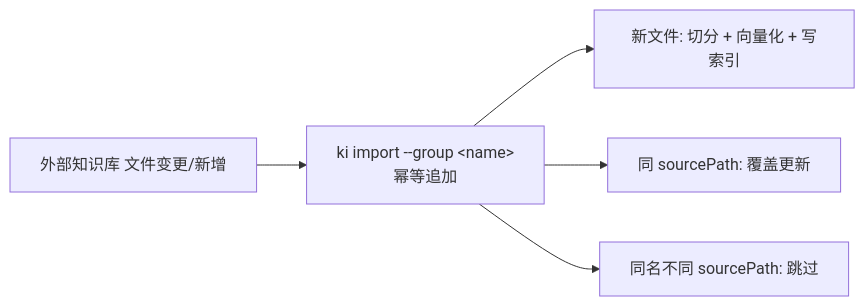
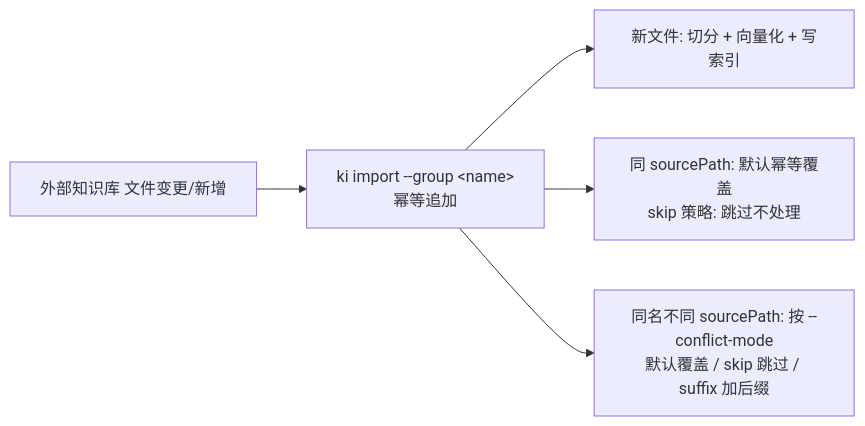
Before and after one commit to HACK-WU/kisearch: the fifth of 5 diagrams in docs/architecture.md, drawn with Mermaid. The commit also changed other lines of this file and 10 other files, not shown here.

````diff
--- a/docs/architecture.md
+++ b/docs/architecture.md
@@ -168,7 +168,7 @@
 ```mermaid
 flowchart LR
     EXT2[外部知识库 文件变更/新增] --> IMP2[ki import --group &lt;name&gt;<br/>幂等追加]
     IMP2 --> ADD[新文件: 切分 + 向量化 + 写索引]
-    IMP2 --> MOD[同 sourcePath: 覆盖更新]
-    IMP2 --> SKIP[同名不同 sourcePath: 跳过]
+    IMP2 --> MOD[同 sourcePath: 默认幂等覆盖<br/>skip 策略: 跳过不处理]
+    IMP2 --> DUP[同名不同 sourcePath: 按 --conflict-mode<br/>默认覆盖 / skip 跳过 / suffix 加后缀]
 ```
````
